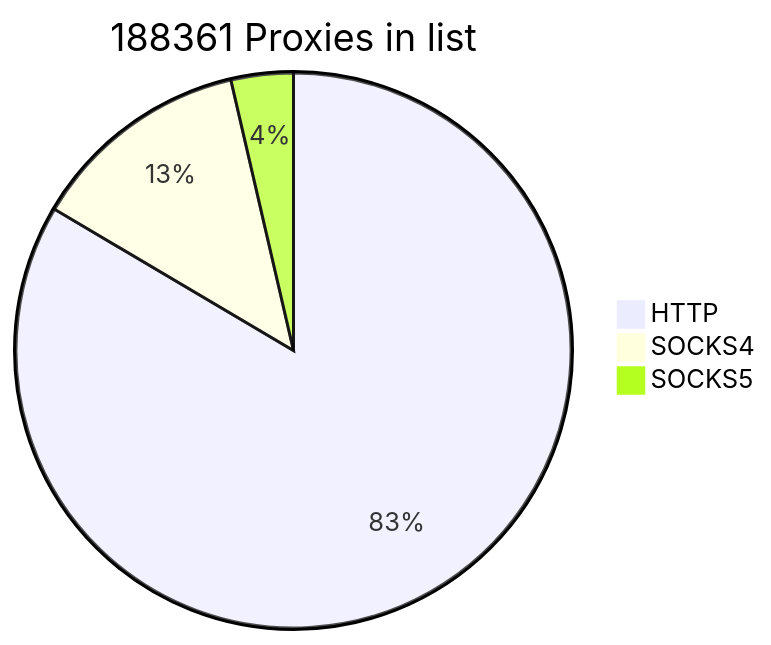
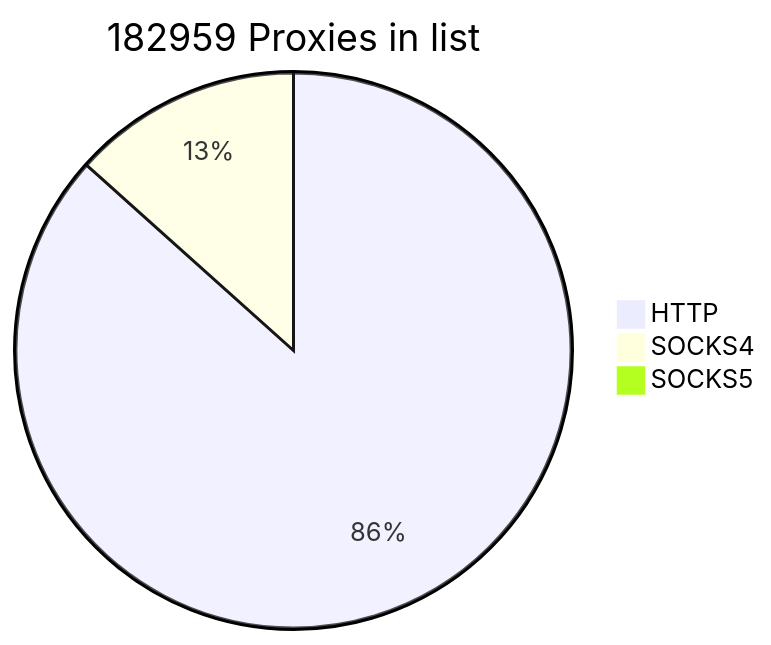
One commit to cutipu/proxylist changed the first of 2 diagrams in README.md. Above: the diagram before and after it, drawn with Mermaid. The commit also changed other lines of this file, not shown here.

````diff
--- a/README.md
+++ b/README.md
@@ -2,7 +2,7 @@
 ```mermaid
-pie title 188361 Proxies in list
+pie title 182959 Proxies in list
     "HTTP" : 157271
     "SOCKS4" : 24270
-    "SOCKS5" : 6820
+    "SOCKS5" : 1418
             
 ```
````
